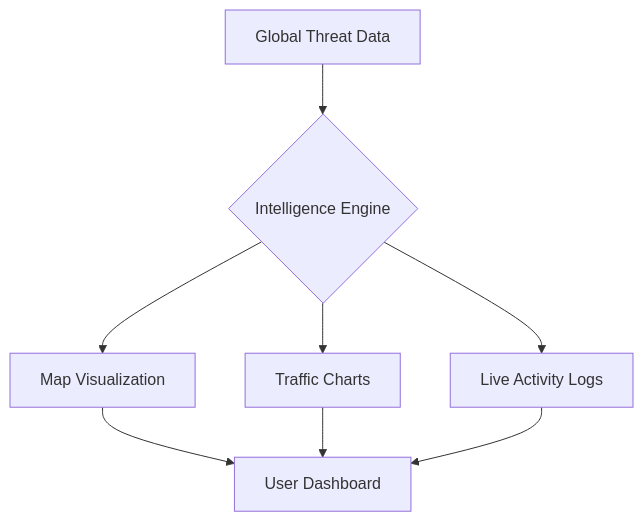
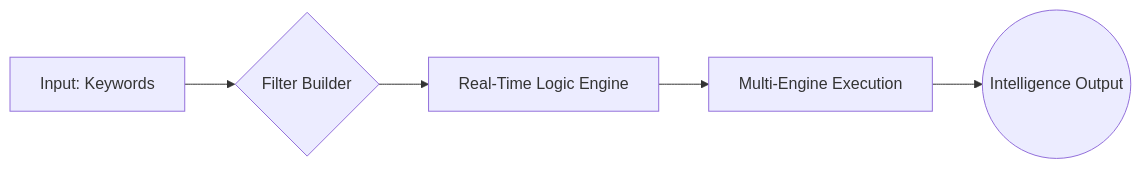
Before and after one commit to SudhirDevOps1/Shimba-s-Cyber-Intelligence-Dashboard: the diagram in README.md, drawn with Mermaid. The commit also changed other lines of this file, not shown here.

````diff
--- a/README.md
+++ b/README.md
@@ -51,8 +34,7 @@
 ```mermaid
-graph TD
-    A[Global Threat Data] --> B{Intelligence Engine}
-    B --> C[Map Visualization]
-    B --> D[Traffic Charts]
-    B --> E[Live Activity Logs]
-    C & D & E --> F[User Dashboard]
+graph LR
+    A[Input: Keywords] --> B{Filter Builder}
+    B --> C[Real-Time Logic Engine]
+    C --> D[Multi-Engine Execution]
+    D --> E((Intelligence Output))
 ```
````
